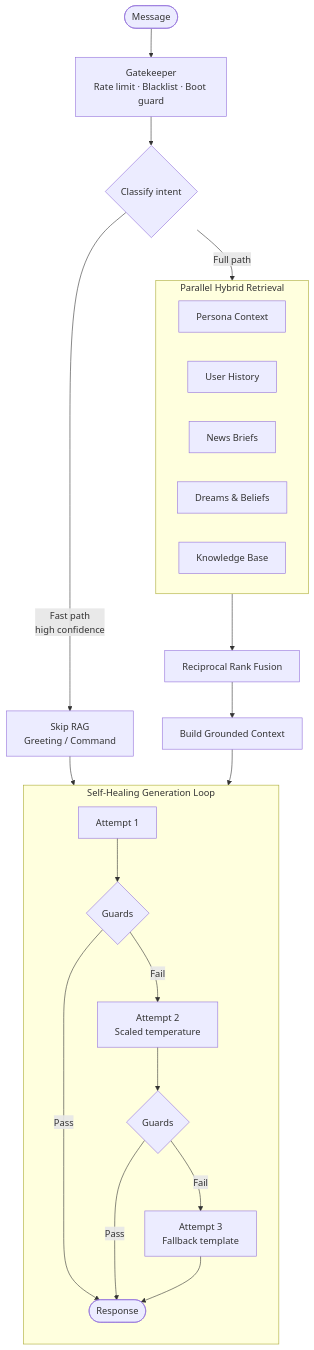
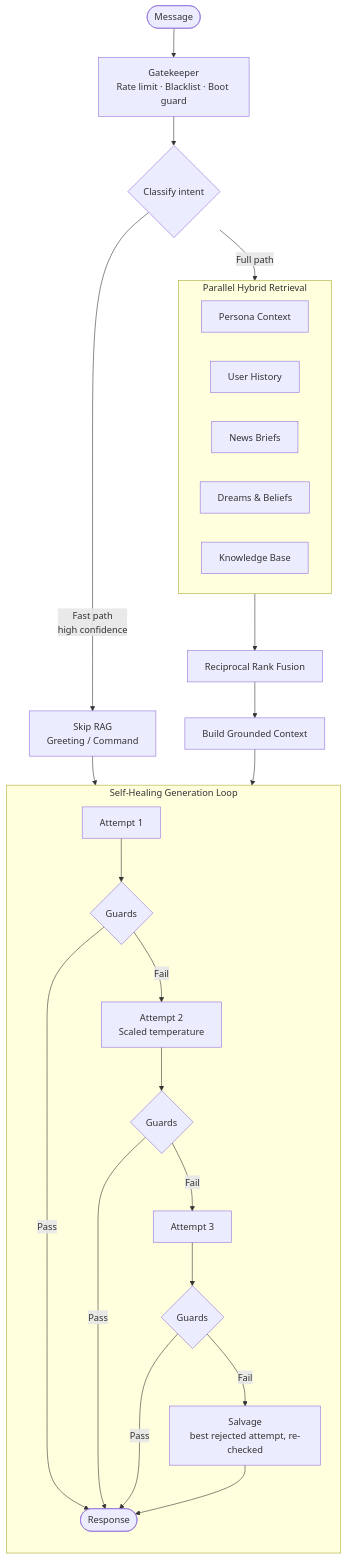
Before and after one commit to Ekco-S64QTN6/Kaiacord: the diagram in README.md, drawn with Mermaid. The commit also changed other lines of this file and 6 other files, not shown here.

````diff
--- a/README.md
+++ b/README.md
@@ -101,33 +104,36 @@
 ```mermaid
 flowchart TD
     MSG([Message]) --> GK[Gatekeeper<br/>Rate limit · Blacklist · Boot guard]
     GK --> CL{Classify intent}
 
     CL -- "Fast path<br/>high confidence" --> SKIP[Skip RAG<br/>Greeting / Command]
     CL -- "Full path" --> RET
 
     subgraph RET ["Parallel Hybrid Retrieval"]
         direction LR
         P[Persona Context]
         U[User History]
         N[News Briefs]
         D[Dreams & Beliefs]
         W[Knowledge Base]
     end
 
     SKIP --> GEN
     RET --> RRF[Reciprocal Rank Fusion]
     RRF --> CTX[Build Grounded Context]
     CTX --> GEN
 
     subgraph GEN ["Self-Healing Generation Loop"]
         direction TB
         G1[Attempt 1] --> HC{Guards}
         HC -- Pass --> OUT([Response])
         HC -- Fail --> G2[Attempt 2<br/>Scaled temperature]
         G2 --> HC2{Guards}
         HC2 -- Pass --> OUT
-        HC2 -- Fail --> G3[Attempt 3<br/>Fallback template]
-        G3 --> OUT
+        HC2 -- Fail --> G3[Attempt 3]
+        G3 --> HC3{Guards}
+        HC3 -- Pass --> OUT
+        HC3 -- Fail --> SAL[Salvage<br/>best rejected attempt, re-checked]
+        SAL --> OUT
     end
 ```
````
